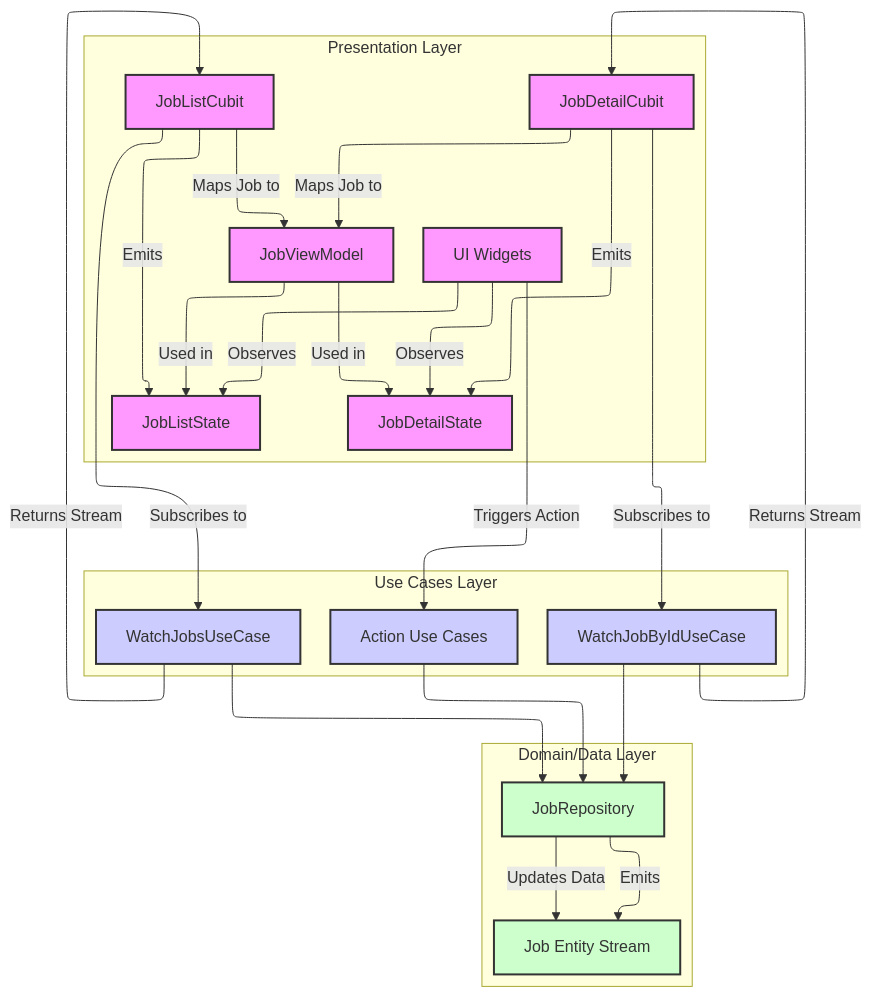
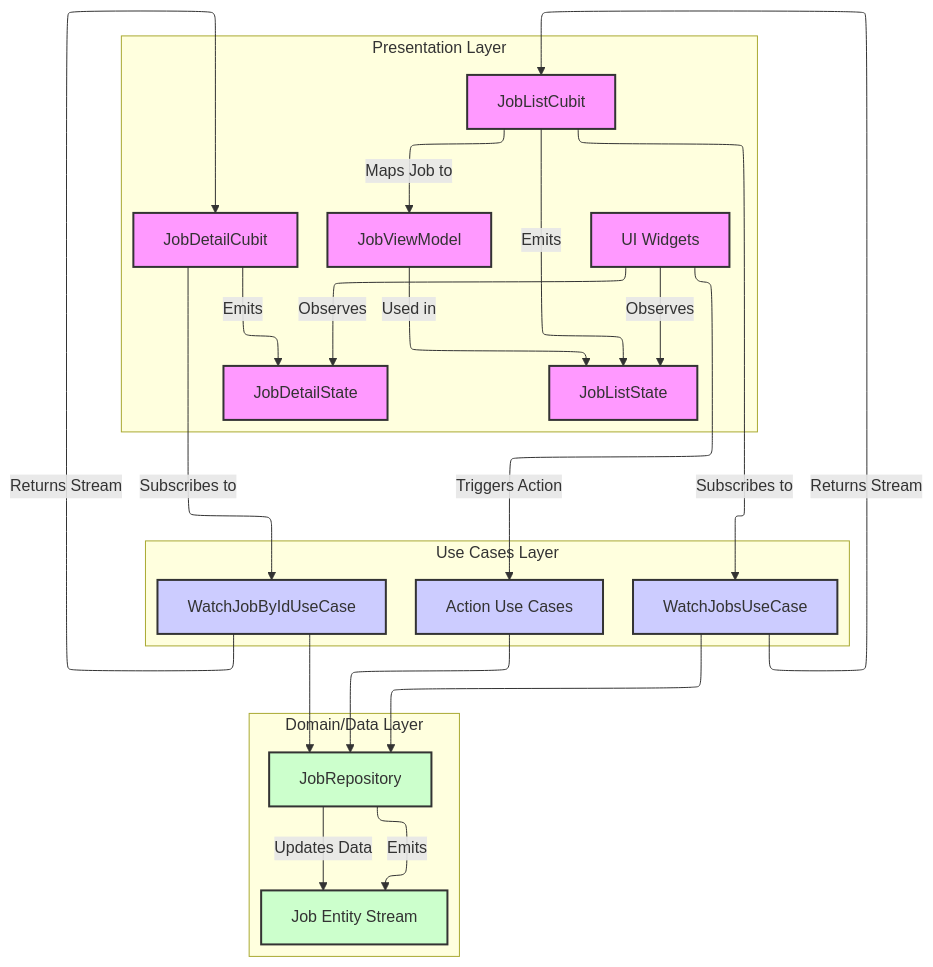
Before and after one commit to MediScribe/docjet-mobile: the diagram in docs/current/job_presentation_layer.md, drawn with Mermaid. The commit also changed other lines of this file, not shown here.

````diff
--- a/docs/current/job_presentation_layer.md
+++ b/docs/current/job_presentation_layer.md
@@ -16,60 +16,58 @@
 ```mermaid
 %%{init: {'flowchart': {'defaultRenderer': 'elk'}}}%%
 graph TD
     subgraph "Presentation Layer"
         UI[UI Widgets]
         JobListCubit[JobListCubit]
         JobDetailCubit[JobDetailCubit]
         JobListState[JobListState]
         JobDetailState[JobDetailState]
         JobViewModel[JobViewModel]
     end
 
     subgraph "Use Cases Layer"
         WatchJobsUC[WatchJobsUseCase]
         WatchJobByIdUC[WatchJobByIdUseCase]
         ActionUC[Action Use Cases]
     end
 
     subgraph "Domain/Data Layer"
         JobEntity[Job Entity Stream]
         Repository[JobRepository]
     end
 
     %% Reactive Flow
     UI -- Observes --> JobListState
     UI -- Observes --> JobDetailState
     JobListCubit -- Emits --> JobListState
     JobDetailCubit -- Emits --> JobDetailState
 
     JobListCubit -- Subscribes to --> WatchJobsUC
     JobDetailCubit -- Subscribes to --> WatchJobByIdUC
 
     WatchJobsUC -- Returns Stream --> JobListCubit
     WatchJobByIdUC -- Returns Stream --> JobDetailCubit
 
     WatchJobsUC --> Repository
     WatchJobByIdUC --> Repository
     Repository -- Emits --> JobEntity
 
     JobListCubit -- Maps Job to --> JobViewModel
-    JobDetailCubit -- Maps Job to --> JobViewModel
     JobViewModel -- Used in --> JobListState
-    JobViewModel -- Used in --> JobDetailState
 
     %% Action Flow (Simplified)
     UI -- Triggers Action --> ActionUC
     ActionUC --> Repository
     Repository -- Updates Data --> JobEntity
 
 
     %% Styling
     classDef presentation fill:#f9f,stroke:#333,stroke-width:2px;
     classDef usecases fill:#ccf,stroke:#333,stroke-width:2px;
     classDef domain fill:#cfc,stroke:#333,stroke-width:2px;
 
     class UI,JobListCubit,JobDetailCubit,JobListState,JobDetailState,JobViewModel presentation;
     class WatchJobsUC,WatchJobByIdUC,ActionUC usecases;
     class JobEntity,Repository domain;
 
 ```
````
